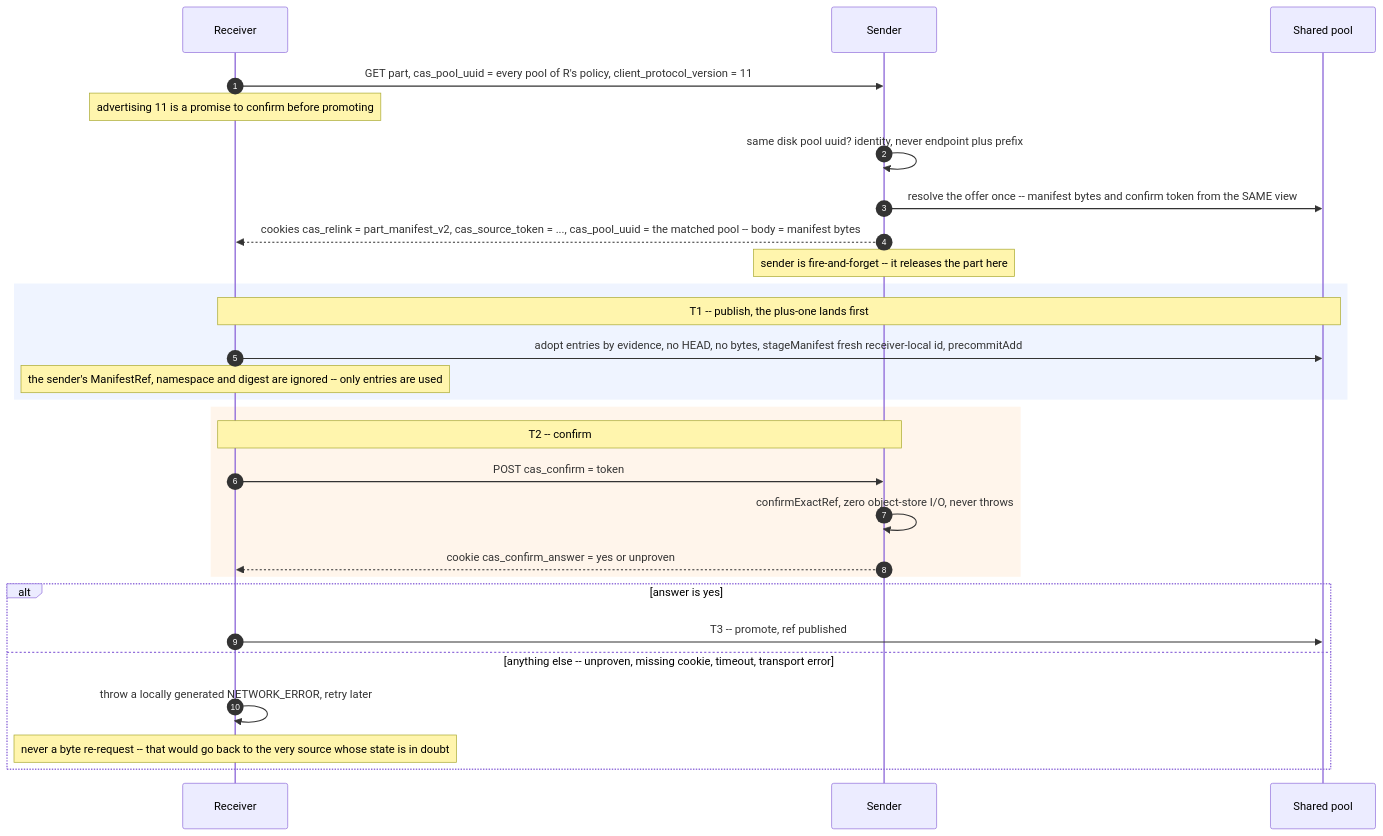
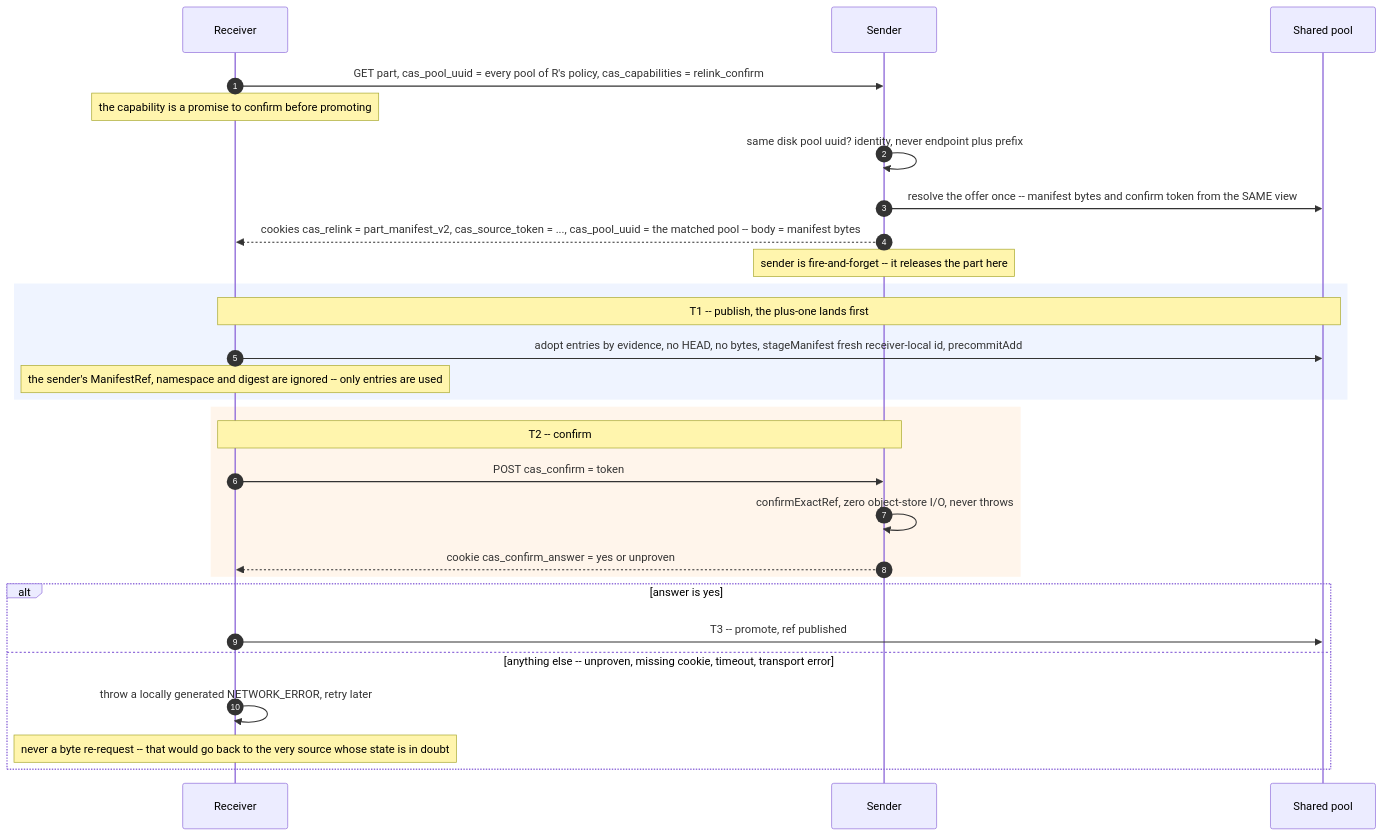
One commit to Altinity/ClickHouse changed the diagram in docs/en/antalya/cas/architecture/replication.md. Above: the diagram before and after it, drawn with Mermaid. The commit also changed other lines of this file and 2 other files, not shown here.

Commit message:
CAS: gate fetch-by-relink on a capability, not on replication protocol version 11
The receiver advertised `client_protocol_version=11` to mean "I confirm a relink offer before I promote". Upstream owns that number space (its ceiling is 10) and may assign 11 another wire meaning, so a mixed cluster could pair an upstream receiver's 11 with this build's relink offer, or this build's 11 with an upstream sender's stream shape.

The promise now travels as its own request parameter, `cas_capabilities=relink_confirm`: the sender offers a relink only to a receiver that sends it, and answers `server_protocol_version` with upstream's ceiling. The protocol version never selects a relink.

Test: test_relink_is_selected_by_the_capability_not_the_version (version 10 with the capability gets the offer; 11 without it gets the bytes and `server_protocol_version=10`; 10 without it gets the bytes).

````diff
--- a/docs/en/antalya/cas/architecture/replication.md
+++ b/docs/en/antalya/cas/architecture/replication.md
@@ -27,34 +27,34 @@
 ```mermaid
 sequenceDiagram
     autonumber
     participant R as Receiver
     participant Snd as Sender
     participant S3 as Shared pool
 
-    R->>Snd: GET part, cas_pool_uuid = every pool of R's policy, client_protocol_version = 11
-    Note over R: advertising 11 is a promise to confirm before promoting
+    R->>Snd: GET part, cas_pool_uuid = every pool of R's policy, cas_capabilities = relink_confirm
+    Note over R: the capability is a promise to confirm before promoting
     Snd->>Snd: same disk pool uuid? identity, never endpoint plus prefix
     Snd->>S3: resolve the offer once -- manifest bytes and confirm token from the SAME view
     Snd-->>R: cookies cas_relink = part_manifest_v2, cas_source_token = ..., cas_pool_uuid = the matched pool -- body = manifest bytes
     Note over Snd: sender is fire-and-forget -- it releases the part here
 
     rect rgba(120,160,255,0.12)
     Note over R,S3: T1 -- publish, the plus-one lands first
     R->>S3: adopt entries by evidence, no HEAD, no bytes, stageManifest fresh receiver-local id, precommitAdd
     Note over R: the sender's ManifestRef, namespace and digest are ignored -- only entries are used
     end
 
     rect rgba(255,190,120,0.15)
     Note over R,Snd: T2 -- confirm
     R->>Snd: POST cas_confirm = token
     Snd->>Snd: confirmExactRef, zero object-store I/O, never throws
     Snd-->>R: cookie cas_confirm_answer = yes or unproven
     end
 
     alt answer is yes
         R->>S3: T3 -- promote, ref published
     else anything else -- unproven, missing cookie, timeout, transport error
         R->>R: throw a locally generated NETWORK_ERROR, retry later
         Note over R: never a byte re-request -- that would go back to the very source whose state is in doubt
     end
 ```
````
